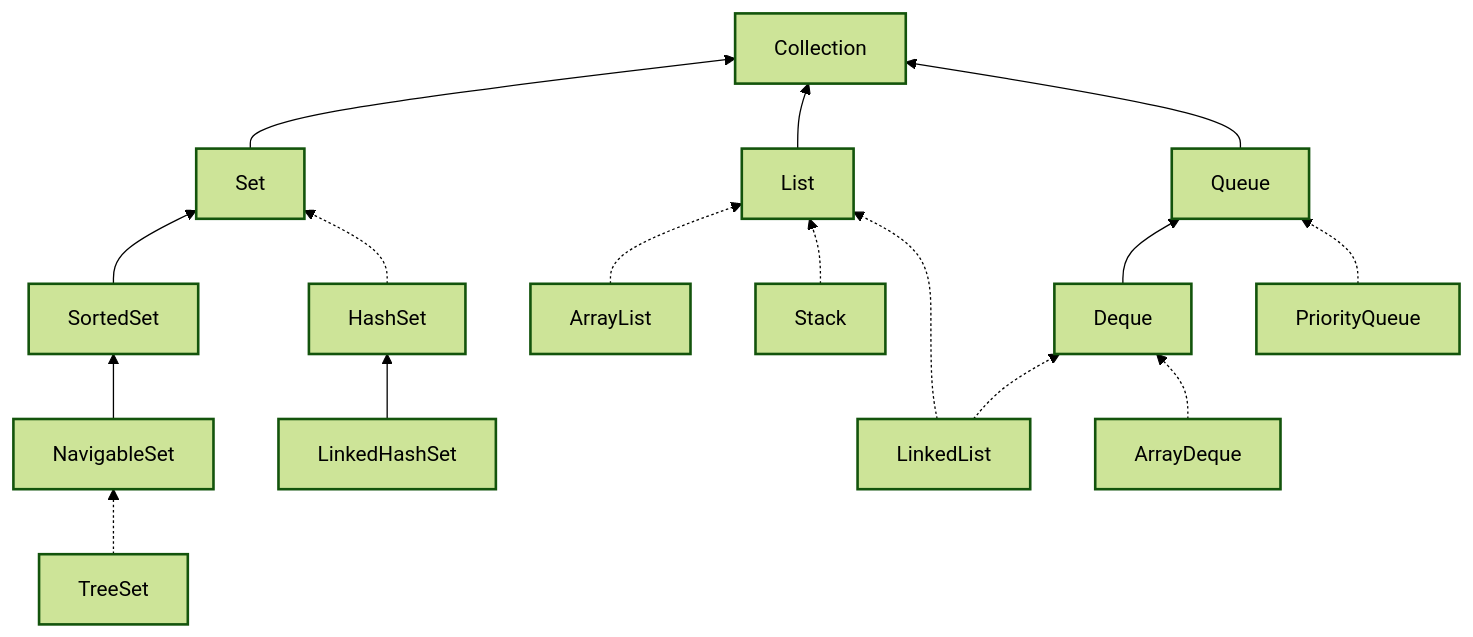
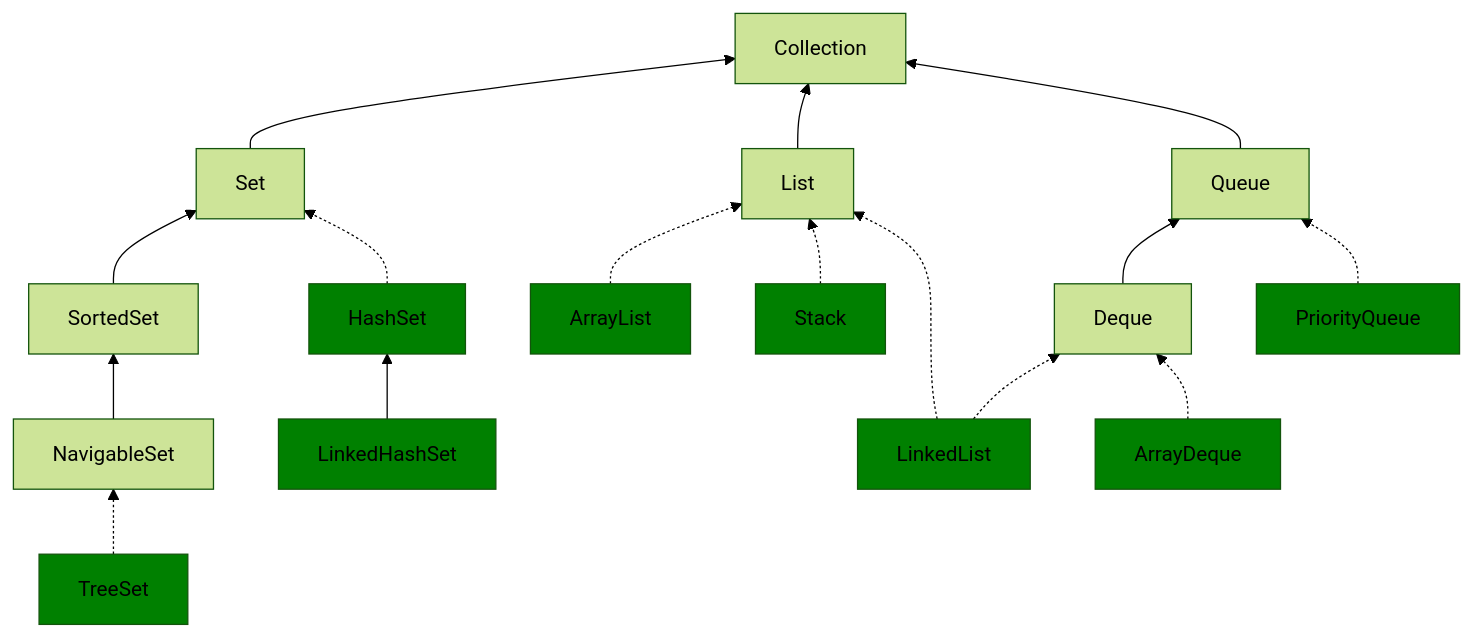
Before and after one commit to ailenus/java-notes: the first of 4 diagrams in readme.md, drawn with Mermaid (forest theme). The commit also changed other lines of this file, not shown here.

````diff
--- a/readme.md
+++ b/readme.md
@@ -603,33 +609,26 @@
 ```mermaid
 graph BT
-    style Collection fill:##333, stroke:##ccc, stroke-width:2px, color:##fff
-    style Set fill:##333, stroke:##ccc, stroke-width:2px, color:##fff
-    style List fill:##333, stroke:##ccc, stroke-width:2px, color:##fff
-    style Queue fill:##333, stroke:##ccc, stroke-width:2px, color:##fff
-    style SortedSet fill:##333, stroke:##ccc, stroke-width:2px, color:##fff
-    style NavigableSet fill:##333, stroke:##ccc, stroke-width:2px, color:##fff
-    style Deque fill:##333, stroke:##ccc, stroke-width:2px, color:##fff
-    style HashSet fill:##393, stroke:##ccc, stroke-width:2px, color:##fff
-    style LinkedHashSet fill:##393, stroke:##ccc, stroke-width:2px, color:##fff
-    style TreeSet fill:##393, stroke:##ccc, stroke-width:2px, color:##fff
-    style ArrayList fill:##393, stroke:##ccc, stroke-width:2px, color:##fff
-    style LinkedList fill:##393, stroke:##ccc, stroke-width:2px, color:##fff
-    style Stack fill:##393, stroke:##ccc, stroke-width:2px, color:##fff
-    style ArrayDeque fill:##393, stroke:##ccc, stroke-width:2px, color:##fff
-    style PriorityQueue fill:##393, stroke:##ccc, stroke-width:2px, color:##fff
+    style HashSet fill:green
+    style LinkedHashSet fill:green
+    style TreeSet fill:green
+    style ArrayList fill:green
+    style LinkedList fill:green
+    style Stack fill:green
+    style ArrayDeque fill:green
+    style PriorityQueue fill:green
     Set --> Collection
     List --> Collection
     Queue --> Collection
     SortedSet --> Set
     NavigableSet --> SortedSet
     Deque --> Queue
     HashSet -.-> Set
     LinkedHashSet --> HashSet
     TreeSet -.-> NavigableSet
     ArrayList -.-> List
     Stack -.-> List
     LinkedList -.-> List
     LinkedList -.-> Deque
     ArrayDeque -.-> Deque
     PriorityQueue -.-> Queue
 ```
````
